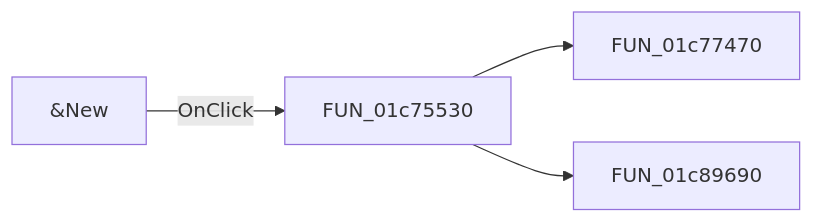
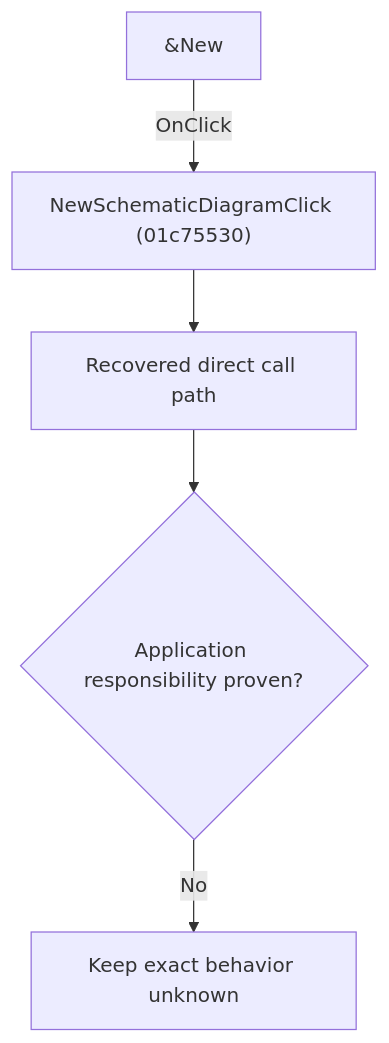
Before and after one commit to MovGP0/TIARA: the diagram in docs/ui-controls/schematiceditor/mnnew-78103f2b67.md, drawn with Mermaid. The commit also changed other lines of this file and 1062 other files, not shown here.

````diff
--- a/docs/ui-controls/schematiceditor/mnnew-78103f2b67.md
+++ b/docs/ui-controls/schematiceditor/mnnew-78103f2b67.md
@@ -27,6 +27,7 @@
 ```mermaid
-flowchart LR
-    control["&New"] -->|OnClick| handler["FUN_01c75530"]
-    handler --> call1["FUN_01c77470"]
-    handler --> call2["FUN_01c89690"]
+flowchart TD
+    control["&New"] -->|"OnClick"| handler["NewSchematicDiagramClick (01c75530)"]
+    handler --> recovered["Recovered direct call path"]
+    recovered --> gap{"Application responsibility proven?"}
+    gap -->|"No"| blocked["Keep exact behavior unknown"]
 ```
````
